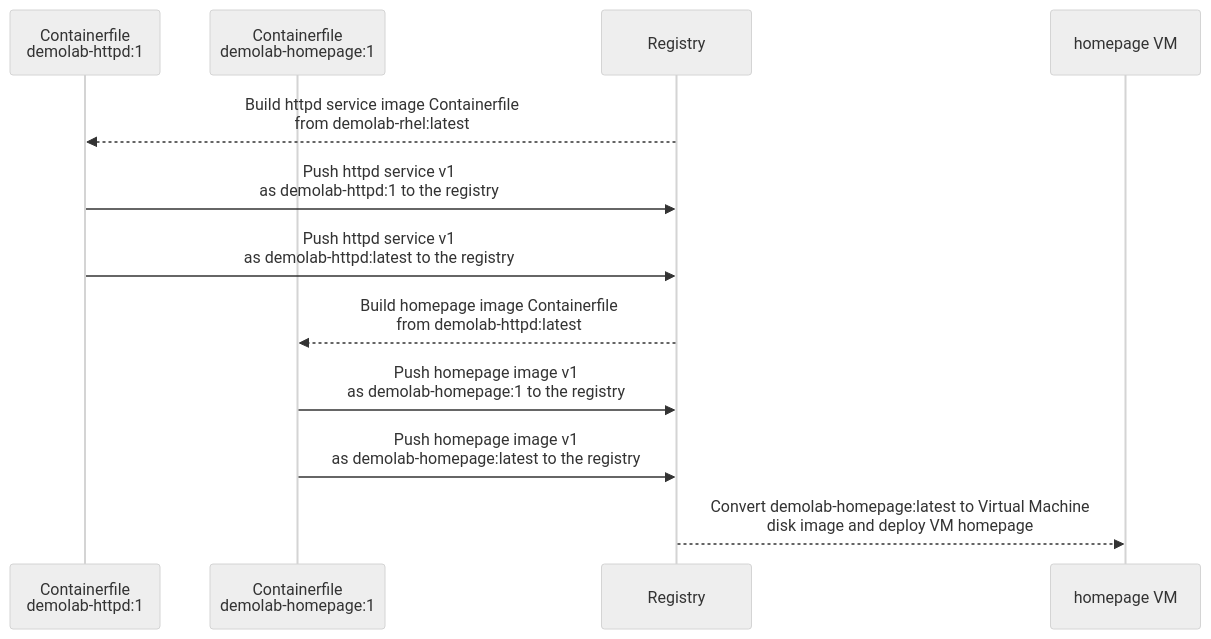
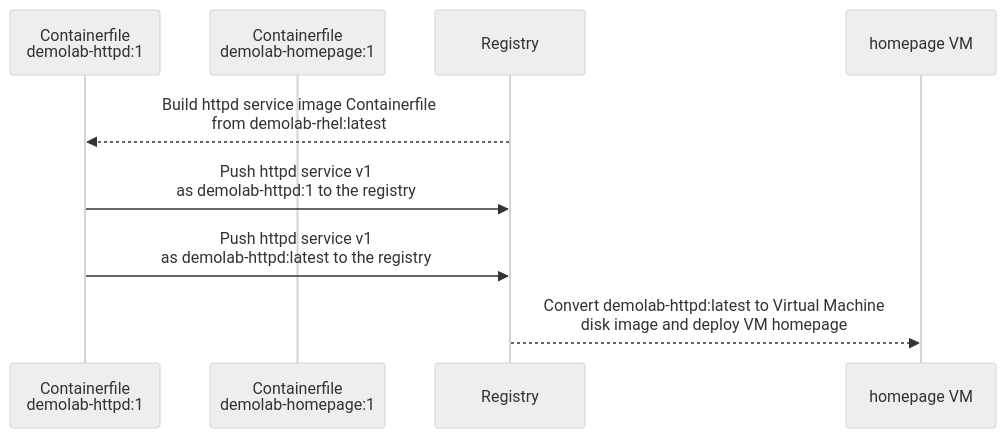
The third of 9 diagrams in README.md (jvdbreggen/imagemodedemo), drawn with Mermaid (neutral theme) before and after one commit. The commit also changed other lines of this file, not shown here.

````diff
--- a/README.md
+++ b/README.md
@@ -188,17 +193,14 @@
 ```mermaid
 sequenceDiagram
     %% Actors
     participant containerfile_httpd_1 as Containerfile<br/>demolab-httpd:1
     participant containerfile_homepage_1 as Containerfile<br/>demolab-homepage:1
     participant registry as Registry
     participant homepage_vm_1 as homepage VM
 
     %% MainVM Creationsu workflow
     registry-->>containerfile_httpd_1: Build httpd service image Containerfile<br/>from demolab-rhel:latest
     containerfile_httpd_1->>registry: Push httpd service v1<br/>as demolab-httpd:1 to the registry
     containerfile_httpd_1->>registry: Push httpd service v1<br/>as demolab-httpd:latest to the registry
-    registry-->>containerfile_homepage_1: Build homepage image Containerfile<br/>from demolab-httpd:latest
-    containerfile_homepage_1->>registry: Push homepage image v1<br/>as demolab-homepage:1 to the registry
-    containerfile_homepage_1->>registry: Push homepage image v1<br/>as demolab-homepage:latest to the registry
-    registry-->>homepage_vm_1: Convert demolab-homepage:latest to Virtual Machine<br/> disk image and deploy VM homepage
+    registry-->>homepage_vm_1: Convert demolab-httpd:latest to Virtual Machine<br/> disk image and deploy VM homepage
 ```
````
